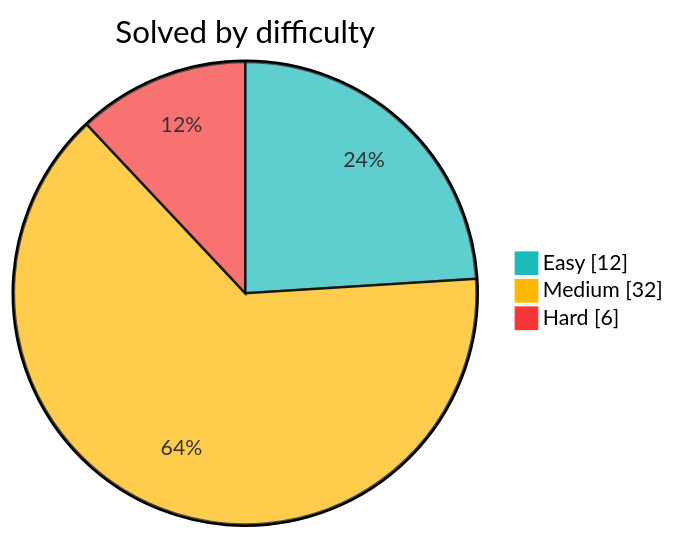
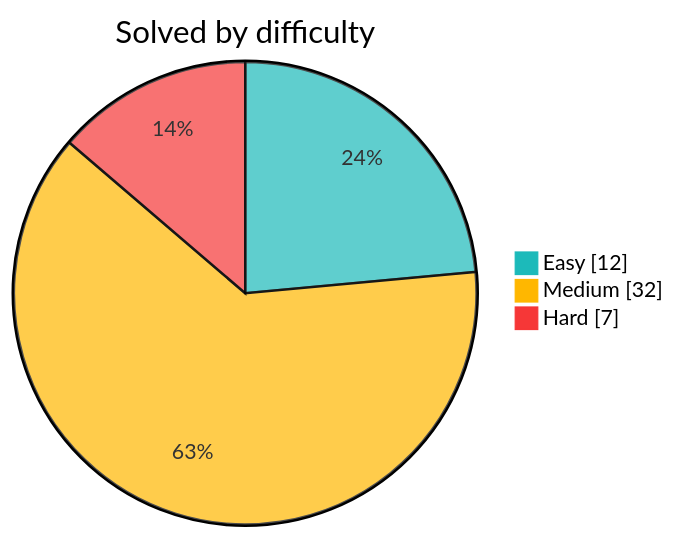
Before and after one commit to Sekler09/algorithms: the diagram in README.md, drawn with Mermaid. The commit also changed other lines of this file and 3 other files, not shown here.

````diff
--- a/README.md
+++ b/README.md
@@ -9,8 +9,8 @@
 ```mermaid
 %%{init: {"themeVariables": {"pie1": "#1cbaba", "pie2": "#ffb700", "pie3": "#f63737"}}}%%
 pie showData
     title Solved by difficulty
     "Easy" : 12
     "Medium" : 32
-    "Hard" : 6
+    "Hard" : 7
 ```
````
